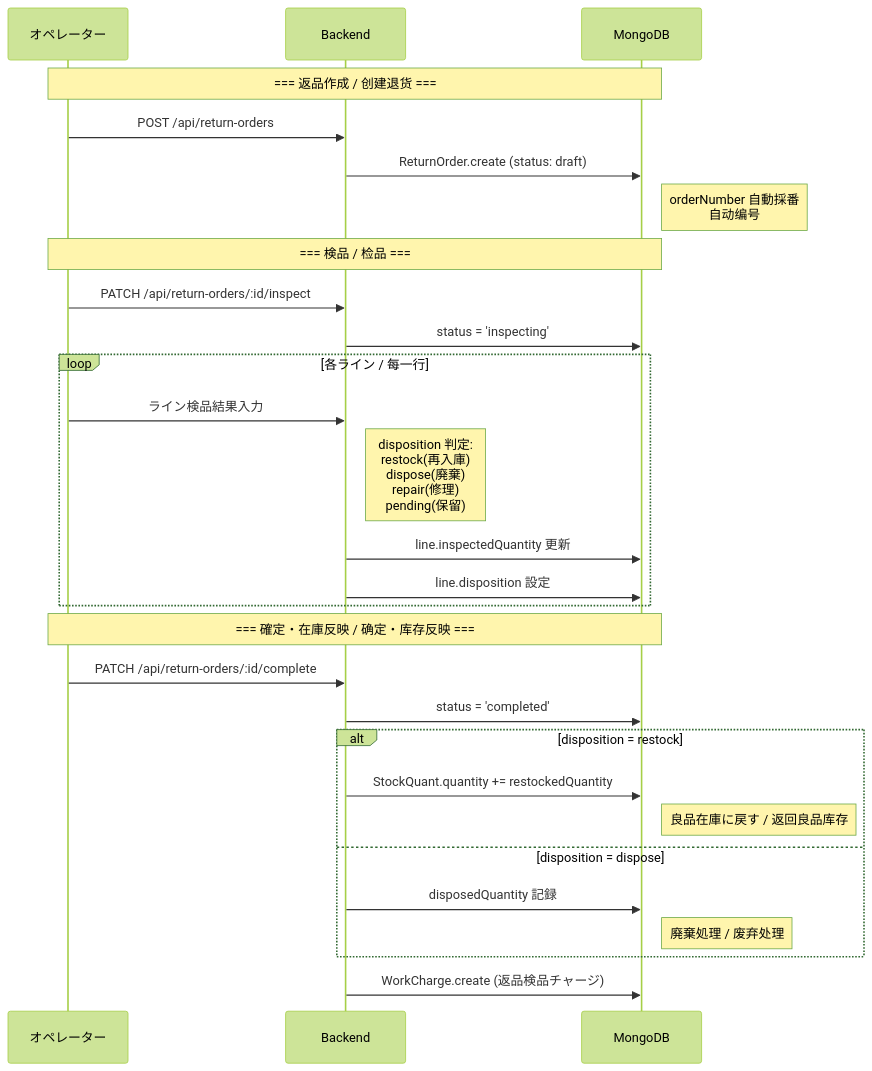
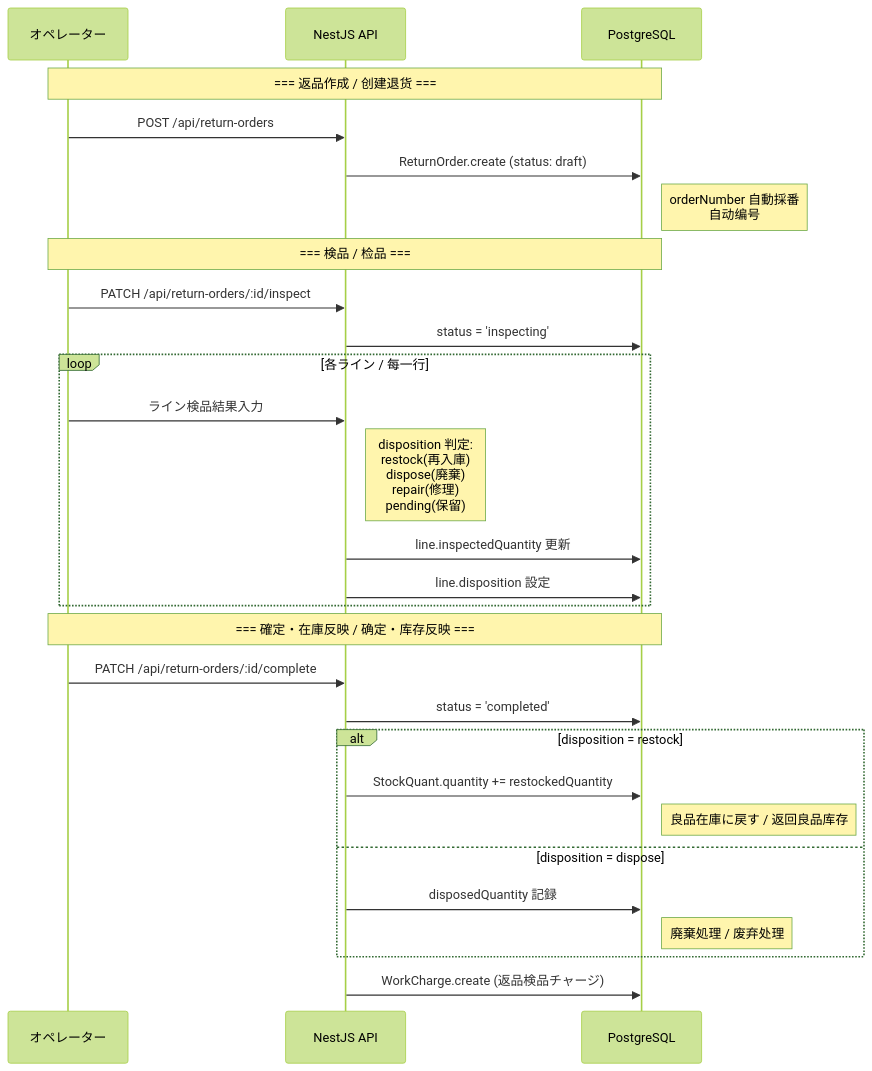
One commit to chinkin666/ZELIXWMS changed the ninth of 12 diagrams in docs/design/01-business-flow.md. Above: the diagram before and after it, drawn with Mermaid (forest theme). The commit also changed other lines of this file and 18 other files, not shown here.

````diff
--- a/docs/design/01-business-flow.md
+++ b/docs/design/01-business-flow.md
@@ -356,36 +356,36 @@
 ```mermaid
 sequenceDiagram
     participant OP as オペレーター
-    participant API as Backend
-    participant DB as MongoDB
+    participant API as NestJS API
+    participant DB as PostgreSQL
 
     Note over OP,DB: === 返品作成 / 创建退货 ===
 
     OP->>API: POST /api/return-orders
     API->>DB: ReturnOrder.create (status: draft)
     Note right of DB: orderNumber 自動採番<br>自动编号
 
     Note over OP,DB: === 検品 / 检品 ===
 
     OP->>API: PATCH /api/return-orders/:id/inspect
     API->>DB: status = 'inspecting'
     loop 各ライン / 每一行
         OP->>API: ライン検品結果入力
         Note right of API: disposition 判定:<br>restock(再入庫)<br>dispose(廃棄)<br>repair(修理)<br>pending(保留)
         API->>DB: line.inspectedQuantity 更新
         API->>DB: line.disposition 設定
     end
 
     Note over OP,DB: === 確定・在庫反映 / 确定・库存反映 ===
 
     OP->>API: PATCH /api/return-orders/:id/complete
     API->>DB: status = 'completed'
     alt disposition = restock
         API->>DB: StockQuant.quantity += restockedQuantity
         Note right of DB: 良品在庫に戻す / 返回良品库存
     else disposition = dispose
         API->>DB: disposedQuantity 記録
         Note right of DB: 廃棄処理 / 废弃处理
     end
     API->>DB: WorkCharge.create (返品検品チャージ)
 ```
````
